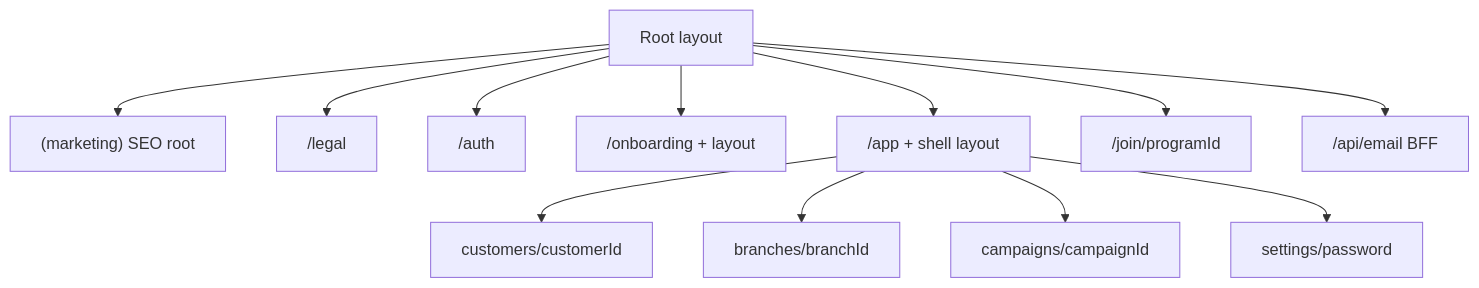
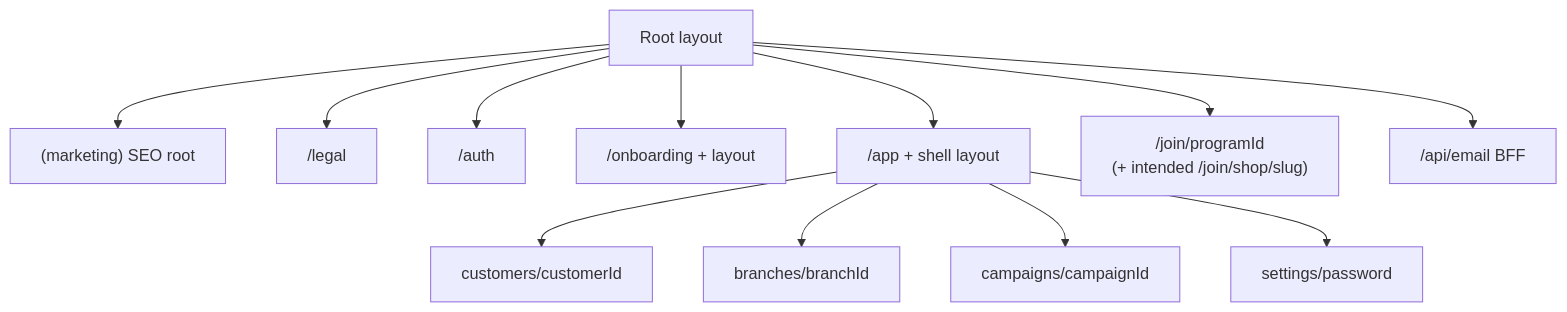
One commit to Ali-sherif/loyollo-web changed the diagram in docs/frontend/02-route-migration.md. Above: the diagram before and after it, drawn with Mermaid. The commit also changed other lines of this file and 21 other files, not shown here.

````diff
--- a/docs/frontend/02-route-migration.md
+++ b/docs/frontend/02-route-migration.md
@@ -112,14 +114,14 @@
 ```mermaid
 flowchart TD
   Root[Root layout] --> Marketing["(marketing) SEO root"]
   Root --> Legal["/legal"]
   Root --> Auth["/auth"]
   Root --> Onboarding["/onboarding + layout"]
   Root --> AppShell["/app + shell layout"]
-  Root --> Join["/join/programId"]
+  Root --> Join["/join/programId\n(+ intended /join/shop/slug)"]
   Root --> Api["/api/email BFF"]
   AppShell --> Customers["customers/customerId"]
   AppShell --> Branches["branches/branchId"]
   AppShell --> Campaigns["campaigns/campaignId"]
   AppShell --> Settings["settings/password"]
 ```
````
